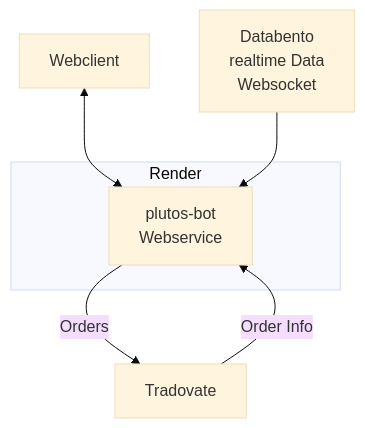
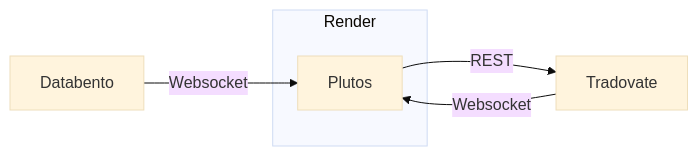
The diagram in architecture.md (andreas-lehn/plutos), drawn with Mermaid (base theme) before and after one commit. The commit also changed other lines of this file, not shown here.

Commit message:
erste version der architekturbeschreibung.

````diff
--- a/architecture.md
+++ b/architecture.md
@@ -65,18 +46,12 @@
 ```mermaid
-graph TD
-    %% 1. Die äußere Box (Render) definieren
+graph LR
+    %% Das Hauptsystem in der Mitte
     subgraph Render
-        bot[plutos-bot<br>Webservice]
+        bot[Plutos]
     end
 
-    %% 2. Die anderen Boxen definieren
-    client[Webclient]
-    bento[Databento<br>realtime Data<br>Websocket]
-    trade[Tradovate]
-
-    %% 3. Die Verbindungen (Pfeile) ziehen
-    client <--> bot
-    bento --> bot
-    bot -- Orders --> trade
-    trade -- Order Info --> bot
+    %% Der Hauptdatenfluss von links nach rechts
+    bento[Databento] --Websocket--> bot
+    bot --REST--> trade[Tradovate]
+    trade --Websocket--> bot
 ```
````
